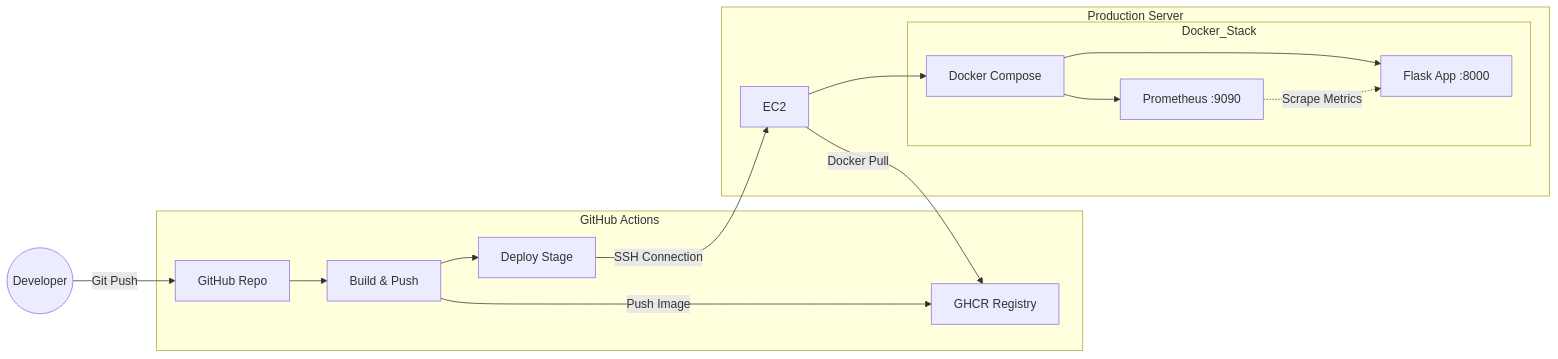
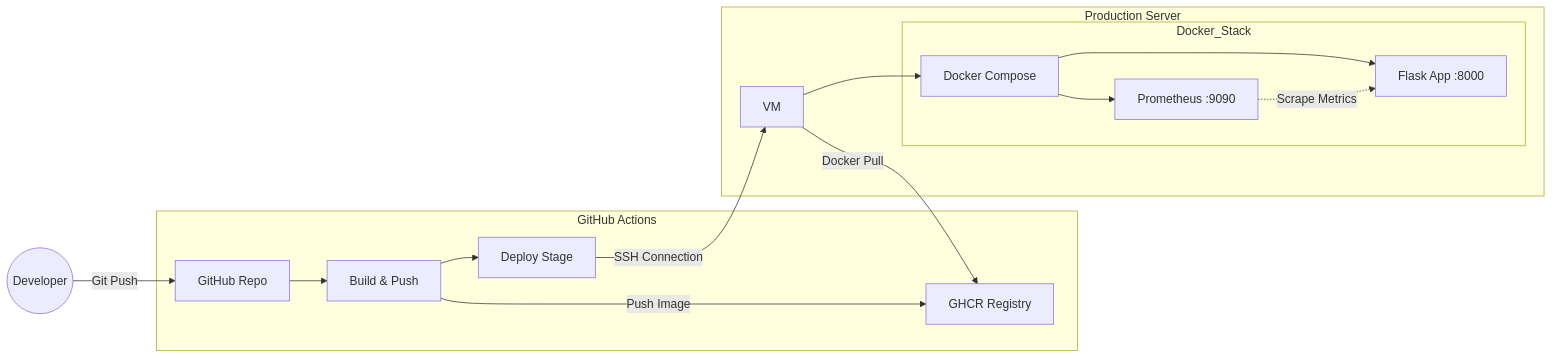
One commit to ramoswilly/projectfox changed the diagram in README.md. Above: the diagram before and after it, drawn with Mermaid.

````diff
--- a/README.md
+++ b/README.md
@@ -37,23 +37,23 @@
 ```mermaid
 graph LR
     User((Developer)) -->|Git Push| Repo[GitHub Repo]
 
     subgraph CI_CD_Pipeline [GitHub Actions]
         Repo --> Build[Build & Push]
         Build -->|Push Image| Registry[GHCR Registry]
         Build --> Deploy[Deploy Stage]
     end
 
-    Deploy -->|SSH Connection| Server[EC2]
+    Deploy -->|SSH Connection| Server[VM]
 
     subgraph Server_Node [Production Server]
         Server -->|Docker Pull| Registry
         Server --> Compose[Docker Compose]
 
         subgraph Docker_Stack
             Compose --> App[Flask App :8000]
             Compose --> Prom[Prometheus :9090]
             Prom -.->|Scrape Metrics| App
         end
     end
 ```
````
